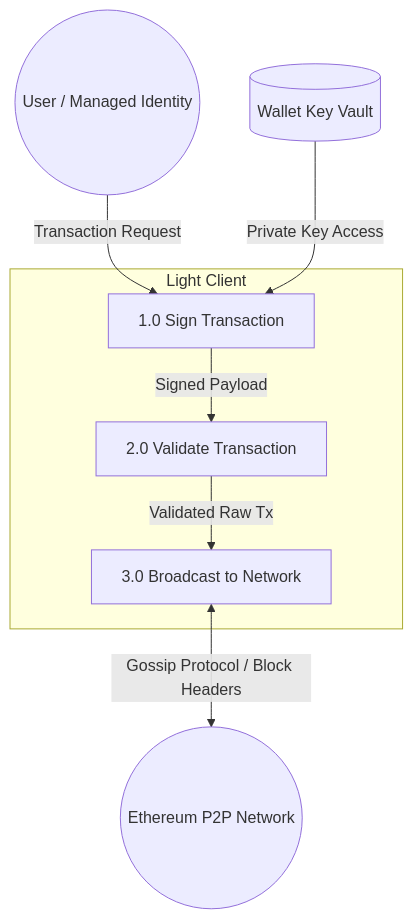
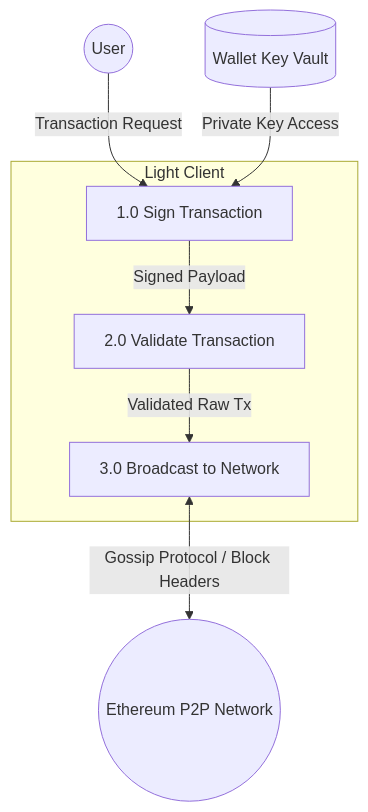
Before and after one commit to vfr750y/Cost-Optimized-Ethereum-Node-On-Azure: the second of 2 diagrams in HighLevelDesign.md, drawn with Mermaid.

Commit message:
edit high level design

````diff
--- a/HighLevelDesign.md
+++ b/HighLevelDesign.md
@@ -32,20 +32,20 @@
 ```mermaid
 graph TD
-    User((User / Managed Identity))
+    User((User))
     Vault[(Wallet Key Vault)]
     
     subgraph LC [Light Client]
         P1[1.0 Sign Transaction]
         P2[2.0 Validate Transaction]
         P3[3.0 Broadcast to Network]
     end
 
     Network((Ethereum P2P Network))
 
     %% Data Flows
     User -->|Transaction Request| P1
     Vault -->|Private Key Access| P1
     P1 -->|Signed Payload| P2
     P2 -->|Validated Raw Tx| P3
     P3 <-->|Gossip Protocol / Block Headers| Network
 ```
````
